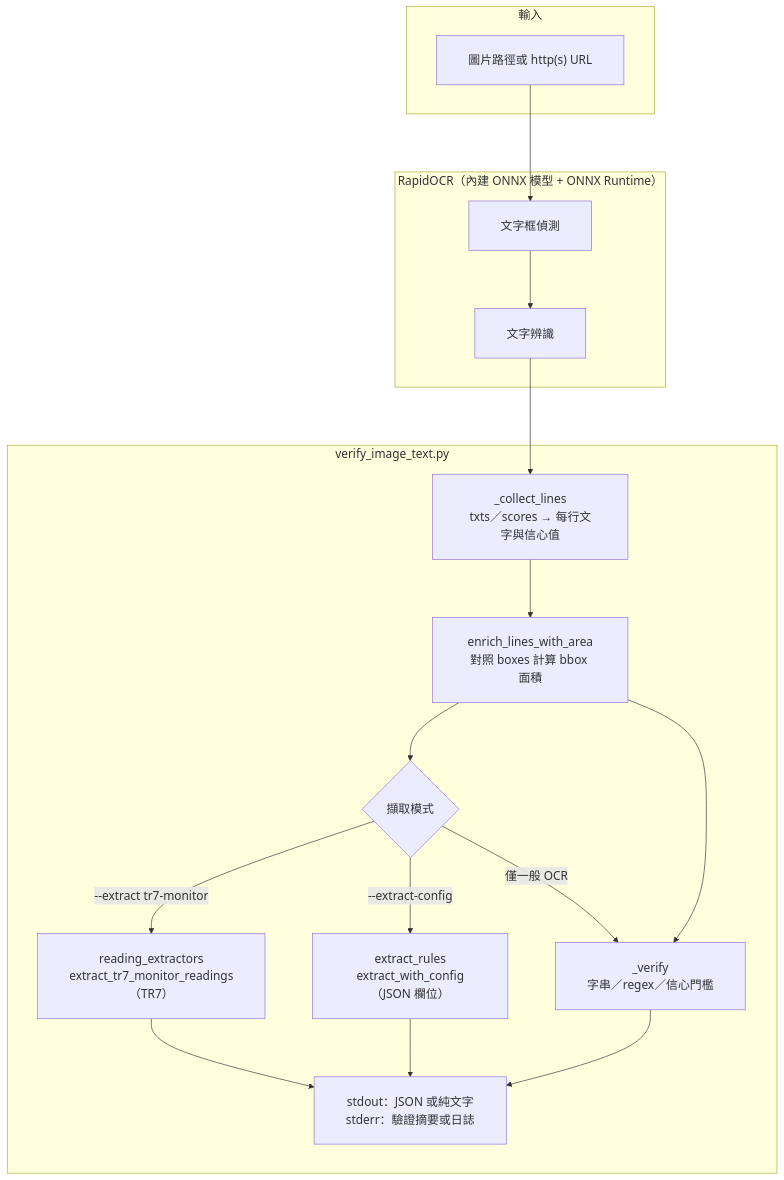
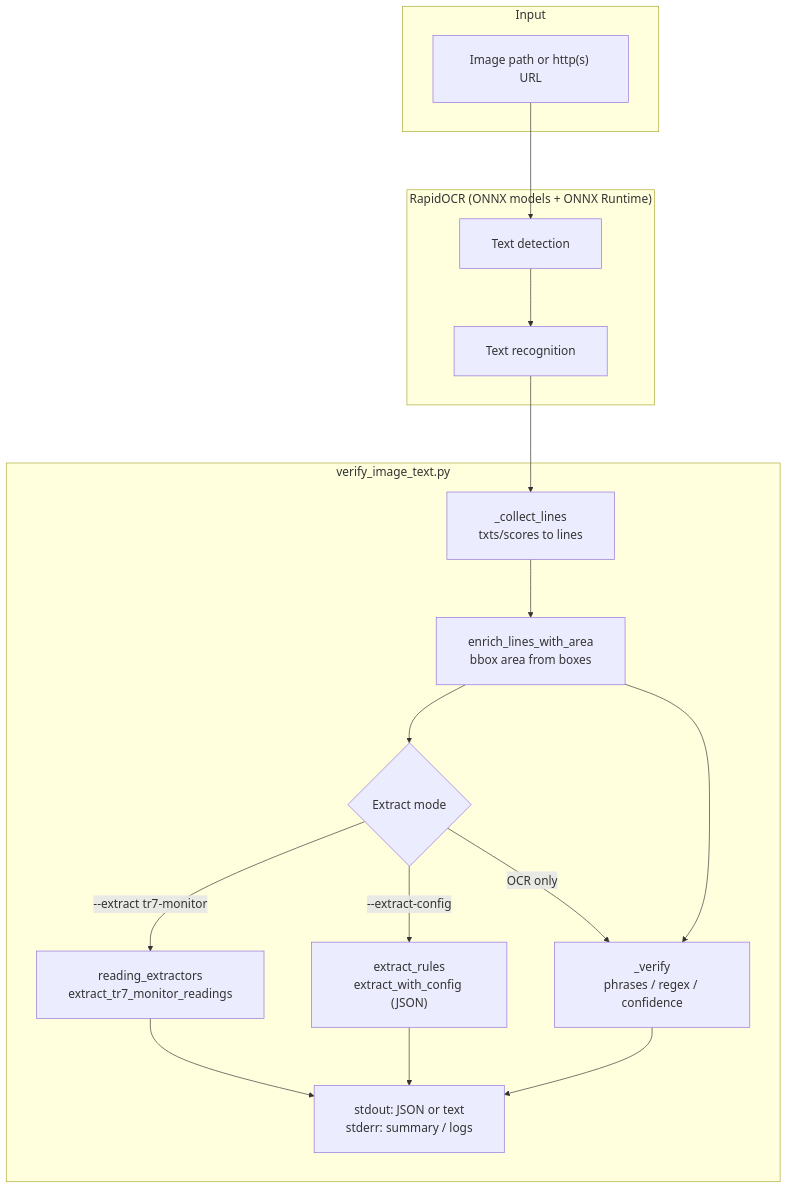
Before and after one commit to BrianChang1212/Image_Text_MicroOCR: the first of 3 diagrams in README.md, drawn with Mermaid. The commit also changed other lines of this file and 1 other file, not shown here.

````diff
--- a/README.md
+++ b/README.md
@@ -358,32 +352,32 @@
 ```mermaid
 %%{init: {'flowchart': {'nodeSpacing': 72, 'rankSpacing': 88, 'padding': 24, 'useMaxWidth': false}, 'themeVariables': {'fontSize': '18px'}}}%%
 flowchart TB
-  subgraph In["輸入"]
-    IMG["圖片路徑或 http(s) URL"]
+  subgraph In["Input"]
+    IMG["Image path or http(s) URL"]
   end
 
-  subgraph OCR["RapidOCR（內建 ONNX 模型 + ONNX Runtime）"]
-    DET["文字框偵測"]
-    REC["文字辨識"]
+  subgraph OCR["RapidOCR (ONNX models + ONNX Runtime)"]
+    DET["Text detection"]
+    REC["Text recognition"]
   end
 
   subgraph App["verify_image_text.py"]
-    COL["_collect_lines<br/>txts／scores → 每行文字與信心值"]
-    ENR["enrich_lines_with_area<br/>對照 boxes 計算 bbox 面積"]
-    BR{"擷取模式"}
-    TR7["reading_extractors<br/>extract_tr7_monitor_readings（TR7）"]
-    CFG["extract_rules<br/>extract_with_config（JSON 欄位）"]
-    VFY["_verify<br/>字串／regex／信心門檻"]
-    OUT["stdout：JSON 或純文字<br/>stderr：驗證摘要或日誌"]
+    COL["_collect_lines<br/>txts/scores to lines"]
+    ENR["enrich_lines_with_area<br/>bbox area from boxes"]
+    BR{"Extract mode"}
+    TR7["reading_extractors<br/>extract_tr7_monitor_readings"]
+    CFG["extract_rules<br/>extract_with_config (JSON)"]
+    VFY["_verify<br/>phrases / regex / confidence"]
+    OUT["stdout: JSON or text<br/>stderr: summary / logs"]
   end
 
   IMG --> DET --> REC
   REC --> COL --> ENR --> BR
   BR -->|"--extract tr7-monitor"| TR7
   BR -->|"--extract-config"| CFG
-  BR -->|"僅一般 OCR"| VFY
+  BR -->|"OCR only"| VFY
   TR7 --> OUT
   CFG --> OUT
   ENR --> VFY
   VFY --> OUT
 ```
````
